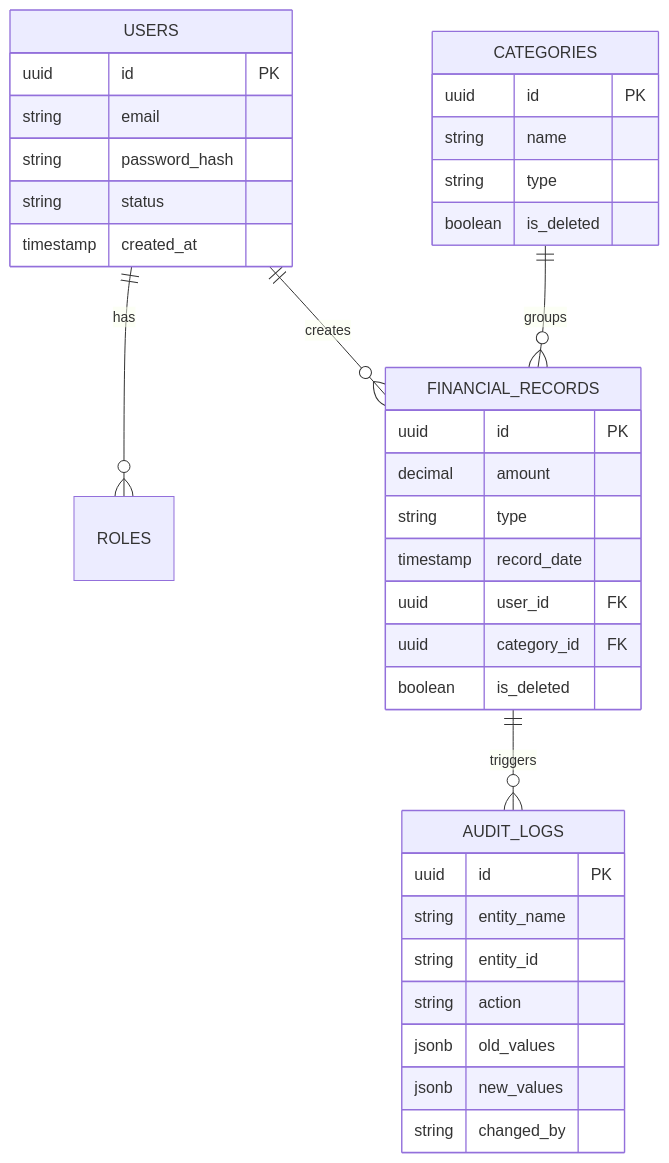
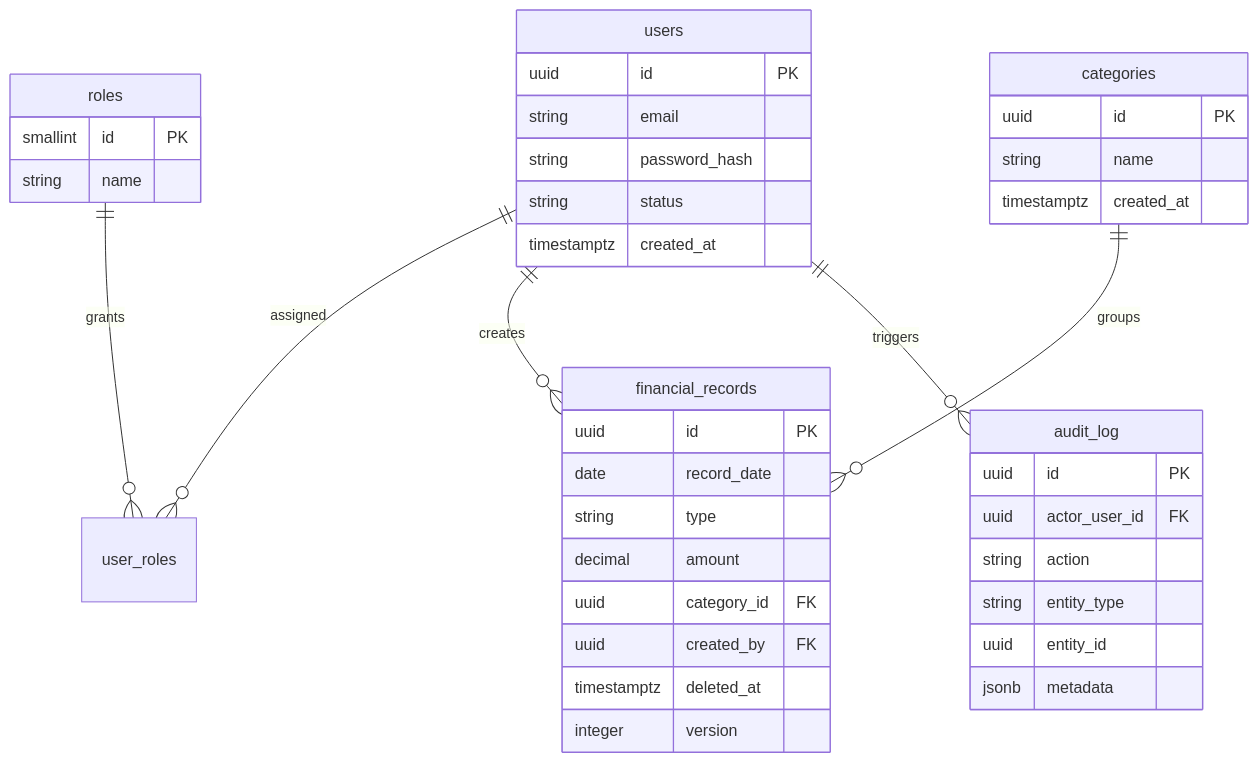
The second of 2 diagrams in README.md (THARUN-RAJ-R/finance-dashboard), drawn with Mermaid before and after one commit. The commit also changed other lines of this file, not shown here.

Commit message:
docs: polish Architecture and ERD diagrams for strict schema accuracy

````diff
--- a/README.md
+++ b/README.md
@@ -53,42 +54,47 @@
 ```mermaid
 erDiagram
-    USERS ||--o{ ROLES : has
-    USERS ||--o{ FINANCIAL_RECORDS : creates
-    CATEGORIES ||--o{ FINANCIAL_RECORDS : groups
-    FINANCIAL_RECORDS ||--o{ AUDIT_LOGS : triggers
+    users ||--o{ user_roles : "assigned"
+    roles ||--o{ user_roles : "grants"
+    users ||--o{ financial_records : "creates"
+    categories ||--o{ financial_records : "groups"
+    users ||--o{ audit_log : "triggers"
 
-    USERS {
+    users {
         uuid id PK
         string email
         string password_hash
         string status
-        timestamp created_at
+        timestamptz created_at
     }
     
-    CATEGORIES {
+    roles {
+        smallint id PK
+        string name
+    }
+
+    categories {
         uuid id PK
         string name
-        string type
-        boolean is_deleted
+        timestamptz created_at
     }
 
-    FINANCIAL_RECORDS {
+    financial_records {
         uuid id PK
+        date record_date
+        string type
         decimal amount
-        string type
-        timestamp record_date
-        uuid user_id FK
         uuid category_id FK
-        boolean is_deleted
+        uuid created_by FK
+        timestamptz deleted_at
+        integer version
     }
 
-    AUDIT_LOGS {
+    audit_log {
         uuid id PK
-        string entity_name
-        string entity_id
+        uuid actor_user_id FK
         string action
-        jsonb old_values
-        jsonb new_values
-        string changed_by
+        string entity_type
+        uuid entity_id
+        jsonb metadata
     }
 ```
````
